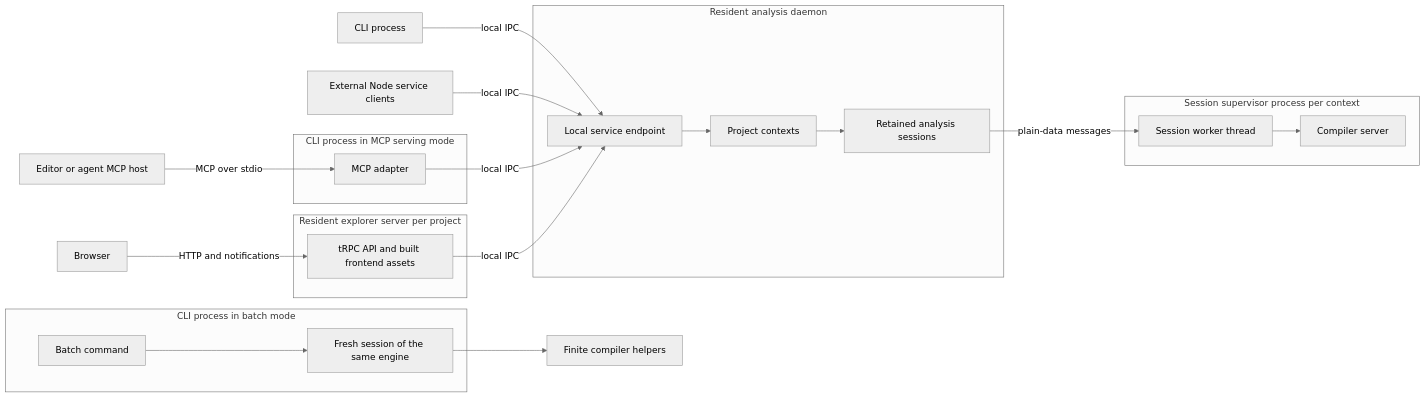
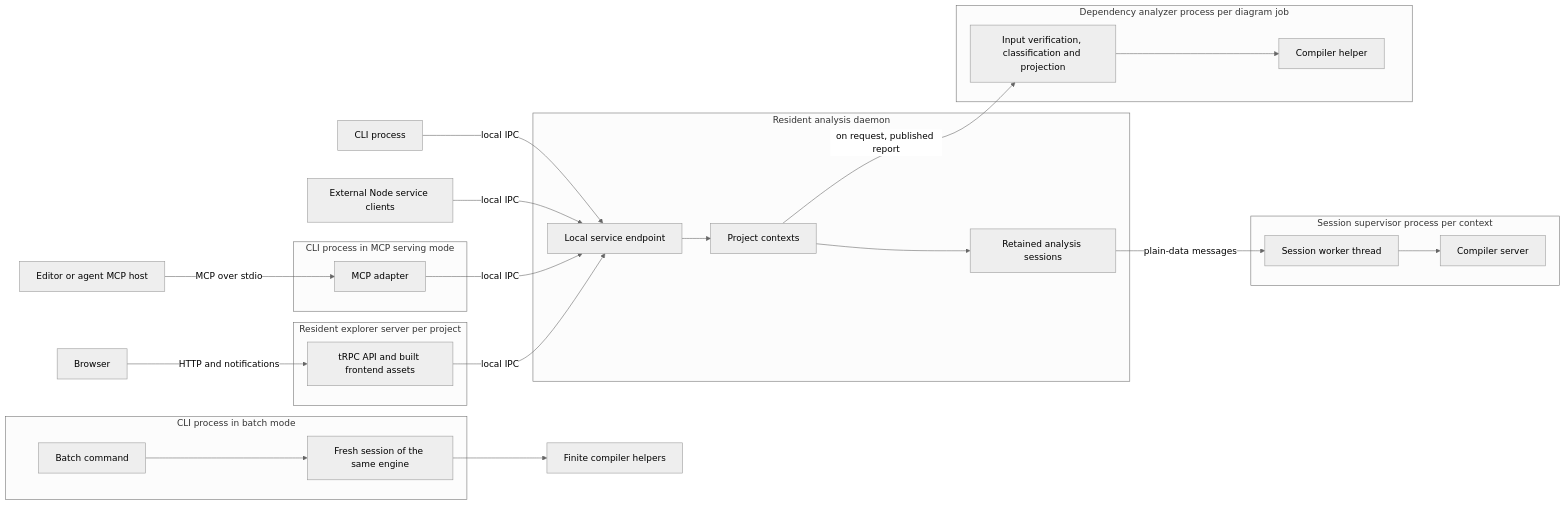
One commit to danmaz74/ramify changed the diagram in docs/architecture/processes-and-clients.md. Above: the diagram before and after it, drawn with Mermaid (neutral theme). The commit also changed other lines of this file and 4 other files, not shown here.

First line of the commit message:
docs(architecture): record the on-demand dependencyDiagram operation, analyzer process and retention

````diff
--- a/docs/architecture/processes-and-clients.md
+++ b/docs/architecture/processes-and-clients.md
@@ -26,27 +29,31 @@
 ```mermaid
 flowchart LR
   CLI[CLI process] -->|local IPC| API
   Native[External Node service clients] -->|local IPC| API
   Host[Editor or agent MCP host] -->|MCP over stdio| MCP
   subgraph McpProcess[CLI process in MCP serving mode]
     MCP[MCP adapter]
   end
   MCP -->|local IPC| API
   Browser[Browser] -->|HTTP and notifications| Web
   subgraph WebProcess[Resident explorer server per project]
     Web[tRPC API and built frontend assets]
   end
   Web -->|local IPC| API
   subgraph DaemonProcess[Resident analysis daemon]
     API[Local service endpoint] --> Contexts[Project contexts]
     Contexts --> Engine[Retained analysis sessions]
   end
   subgraph SessionProcess[Session supervisor process per context]
     Worker[Session worker thread] --> Server[Compiler server]
   end
   Engine -->|plain-data messages| Worker
+  subgraph AnalyzerProcess[Dependency analyzer process per diagram job]
+    Analyzer[Input verification, classification and projection] --> AnalyzerHelper[Compiler helper]
+  end
+  Contexts -->|on request, published report| Analyzer
   subgraph BatchProcess[CLI process in batch mode]
     Batch[Batch command] --> Fresh[Fresh session of the same engine]
   end
   Fresh --> Helpers[Finite compiler helpers]
 ```
````
